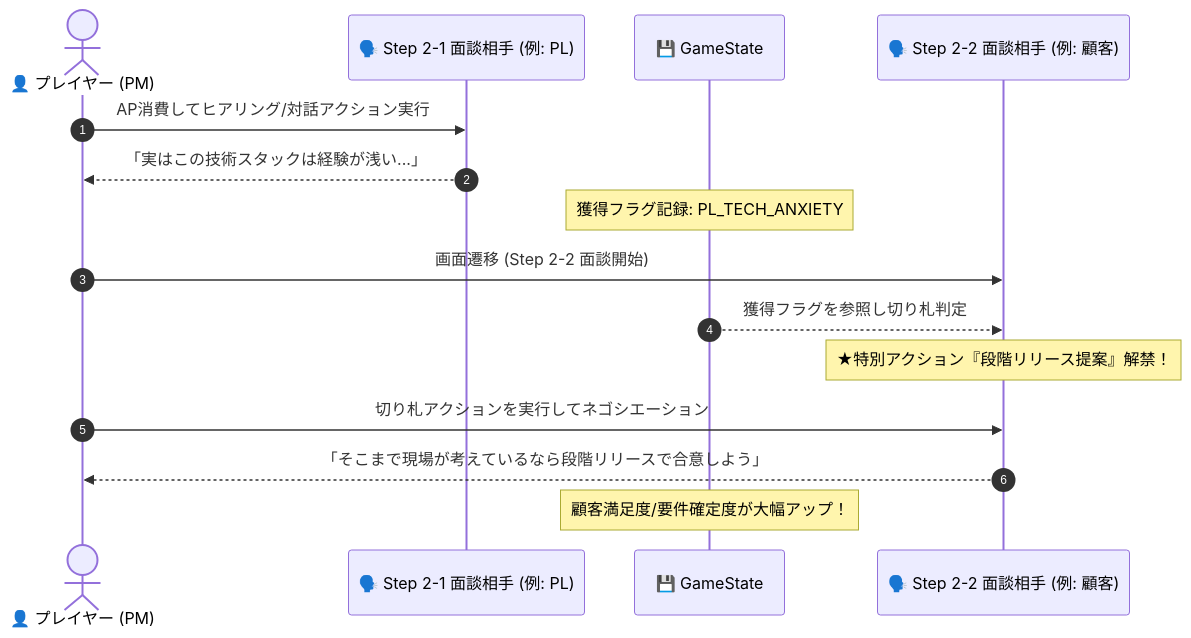
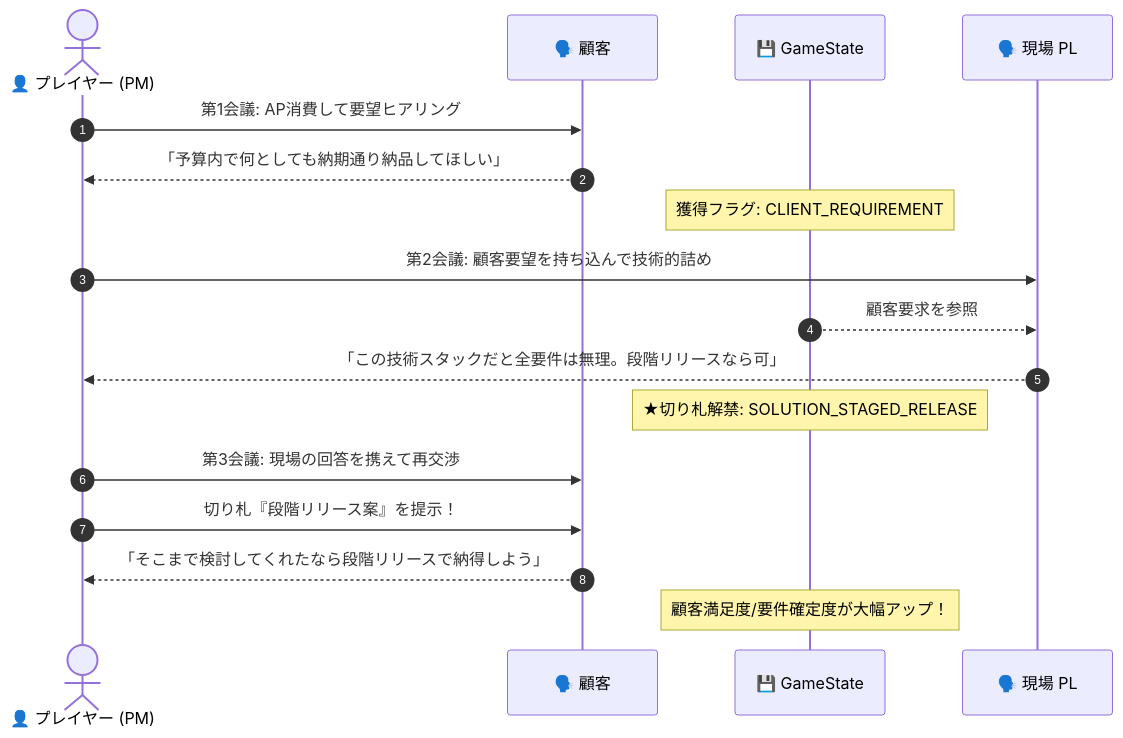
Before and after one commit to asabon/pm-simulator: the second of 3 diagrams in docs/spec/phase1_kickoff.md, drawn with Mermaid. The commit also changed other lines of this file, not shown here.

````diff
--- a/docs/spec/phase1_kickoff.md
+++ b/docs/spec/phase1_kickoff.md
@@ -44,20 +45,22 @@
 ```mermaid
 sequenceDiagram
     autonumber
     actor PM as 👤 プレイヤー (PM)
-    participant S2_1 as 🗣️ Step 2-1 面談相手 (例: PL)
+    participant Client as 🗣️ 顧客
     participant State as 💾 GameState
-    participant S2_2 as 🗣️ Step 2-2 面談相手 (例: 顧客)
+    participant PL as 🗣️ 現場 PL
 
-    PM->>S2_1: AP消費してヒアリング/対話アクション実行
-    S2_1-->>PM: 「実はこの技術スタックは経験が浅い...」
-    Note over State: 獲得フラグ記録: PL_TECH_ANXIETY
+    PM->>Client: 第1会議: AP消費して要望ヒアリング
+    Client-->>PM: 「予算内で何としても納期通り納品してほしい」
+    Note over State: 獲得フラグ: CLIENT_REQUIREMENT
 
-    PM->>S2_2: 画面遷移 (Step 2-2 面談開始)
-    State-->>S2_2: 獲得フラグを参照し切り札判定
-    Note over S2_2: ★特別アクション『段階リリース提案』解禁！
+    PM->>PL: 第2会議: 顧客要望を持ち込んで技術的詰め
+    State-->>PL: 顧客要求を参照
+    PL-->>PM: 「この技術スタックだと全要件は無理。段階リリースなら可」
+    Note over State: ★切り札解禁: SOLUTION_STAGED_RELEASE
 
-    PM->>S2_2: 切り札アクションを実行してネゴシエーション
-    S2_2-->>PM: 「そこまで現場が考えているなら段階リリースで合意しよう」
+    PM->>Client: 第3会議: 現場の回答を携えて再交渉
+    PM->>Client: 切り札『段階リリース案』を提示！
+    Client-->>PM: 「そこまで検討してくれたなら段階リリースで納得しよう」
     Note over State: 顧客満足度/要件確定度が大幅アップ！
 ```
````
